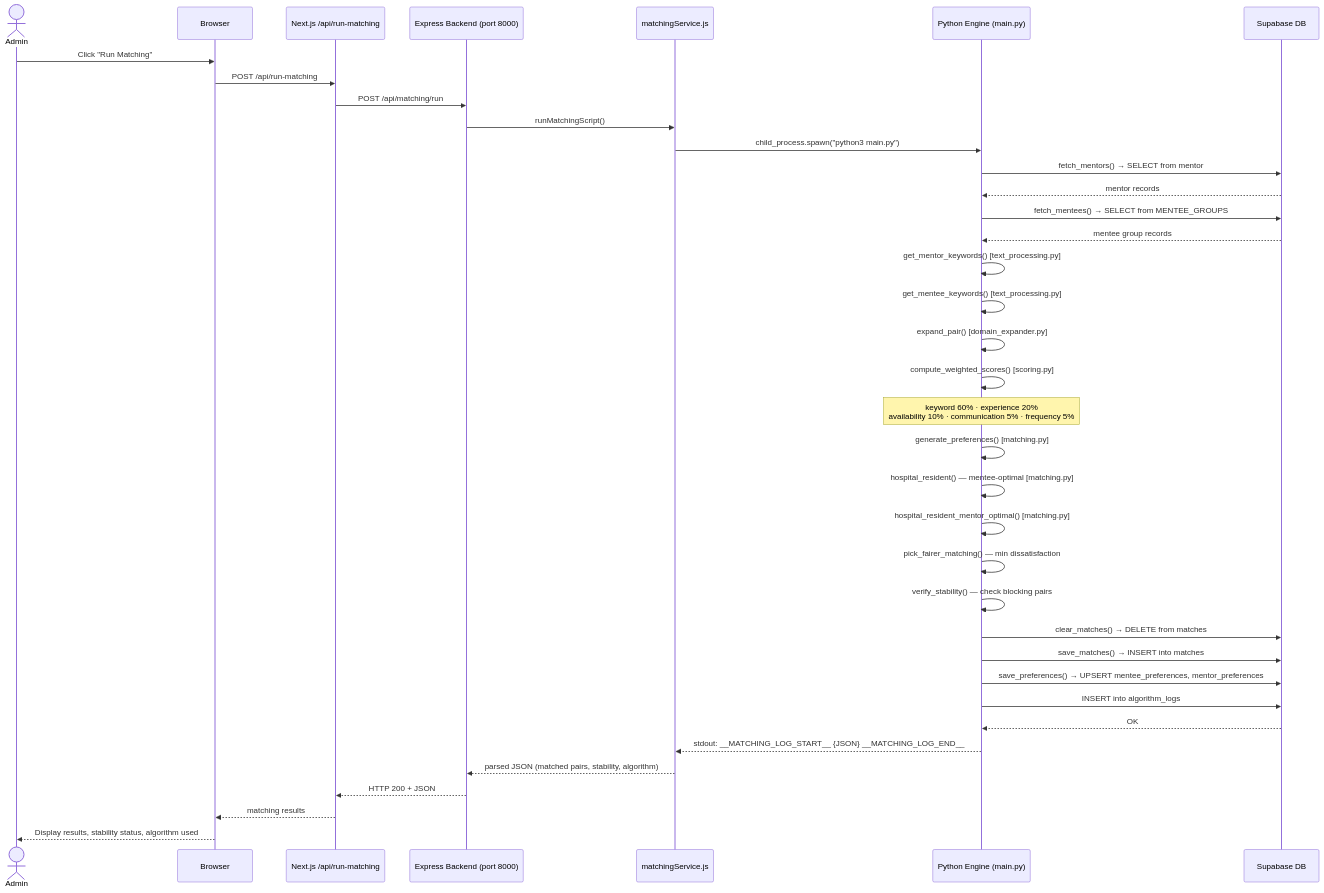
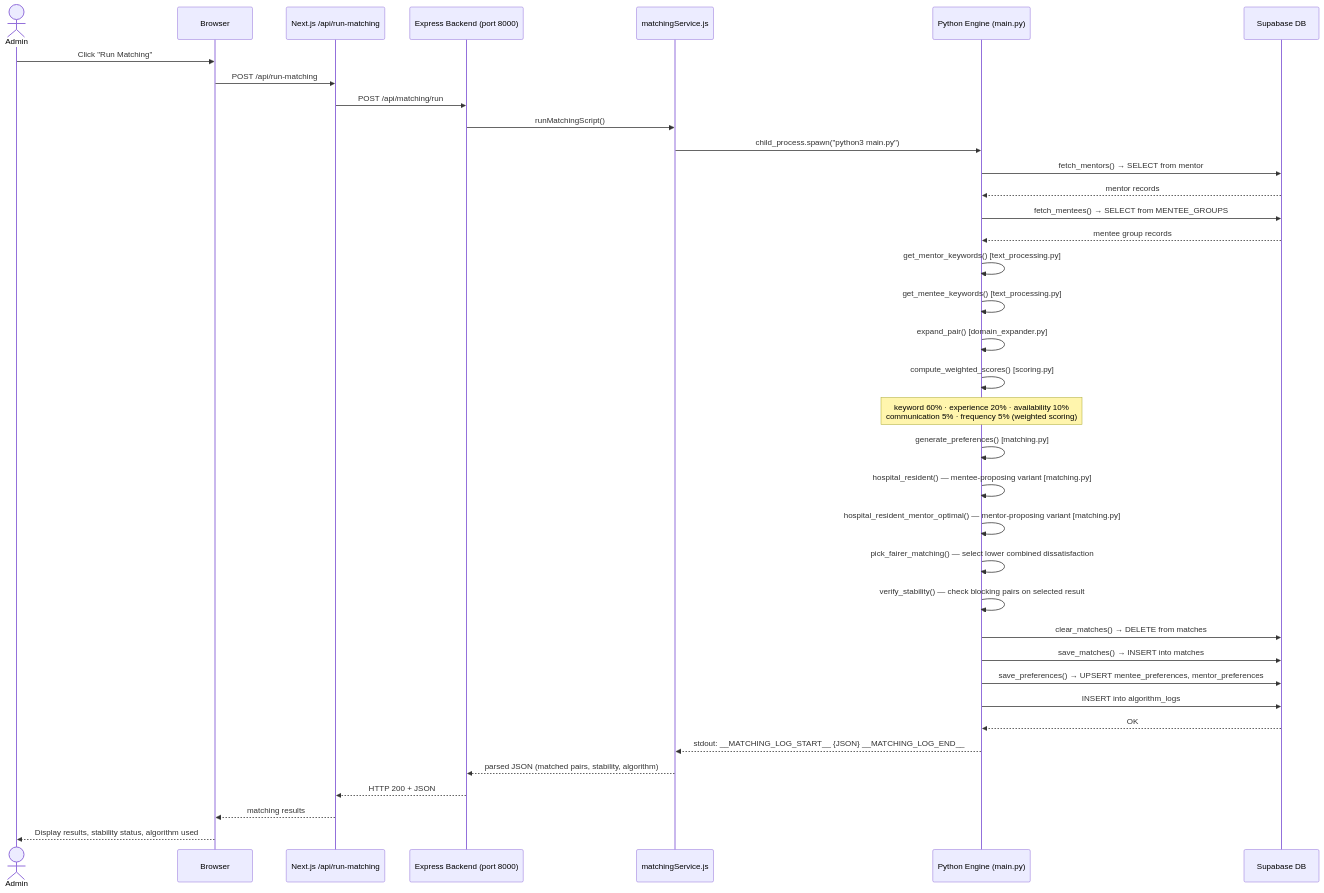
Before and after one commit to ieqisg/fortis-nexus: the second of 7 diagrams in docs/system-diagrams.md, drawn with Mermaid. The commit also changed other lines of this file and 2 other files, not shown here.

````diff
--- a/docs/system-diagrams.md
+++ b/docs/system-diagrams.md
@@ -56,48 +56,48 @@
 ```mermaid
 sequenceDiagram
     actor Admin as Admin
     participant Browser as Browser
     participant NextAPI as Next.js /api/run-matching
     participant Express as Express Backend (port 8000)
     participant Service as matchingService.js
     participant Python as Python Engine (main.py)
     participant DB as Supabase DB
 
     Admin->>Browser: Click "Run Matching"
     Browser->>NextAPI: POST /api/run-matching
 
     NextAPI->>Express: POST /api/matching/run
     Express->>Service: runMatchingScript()
     Service->>Python: child_process.spawn("python3 main.py")
 
     Python->>DB: fetch_mentors() → SELECT from mentor
     DB-->>Python: mentor records
 
     Python->>DB: fetch_mentees() → SELECT from MENTEE_GROUPS
     DB-->>Python: mentee group records
 
     Python->>Python: get_mentor_keywords() [text_processing.py]
     Python->>Python: get_mentee_keywords() [text_processing.py]
     Python->>Python: expand_pair() [domain_expander.py]
 
     Python->>Python: compute_weighted_scores() [scoring.py]
-    Note over Python: keyword 60% · experience 20%<br/>availability 10% · communication 5% · frequency 5%
+    Note over Python: keyword 60% · experience 20% · availability 10%<br/>communication 5% · frequency 5% (weighted scoring)
 
     Python->>Python: generate_preferences() [matching.py]
-    Python->>Python: hospital_resident() — mentee-optimal [matching.py]
-    Python->>Python: hospital_resident_mentor_optimal() [matching.py]
-    Python->>Python: pick_fairer_matching() — min dissatisfaction
-    Python->>Python: verify_stability() — check blocking pairs
+    Python->>Python: hospital_resident() — mentee-proposing variant [matching.py]
+    Python->>Python: hospital_resident_mentor_optimal() — mentor-proposing variant [matching.py]
+    Python->>Python: pick_fairer_matching() — select lower combined dissatisfaction
+    Python->>Python: verify_stability() — check blocking pairs on selected result
 
     Python->>DB: clear_matches() → DELETE from matches
     Python->>DB: save_matches() → INSERT into matches
     Python->>DB: save_preferences() → UPSERT mentee_preferences, mentor_preferences
     Python->>DB: INSERT into algorithm_logs
     DB-->>Python: OK
 
     Python-->>Service: stdout: __MATCHING_LOG_START__ {JSON} __MATCHING_LOG_END__
     Service-->>Express: parsed JSON (matched pairs, stability, algorithm)
     Express-->>NextAPI: HTTP 200 + JSON
     NextAPI-->>Browser: matching results
     Browser-->>Admin: Display results, stability status, algorithm used
 ```
````
